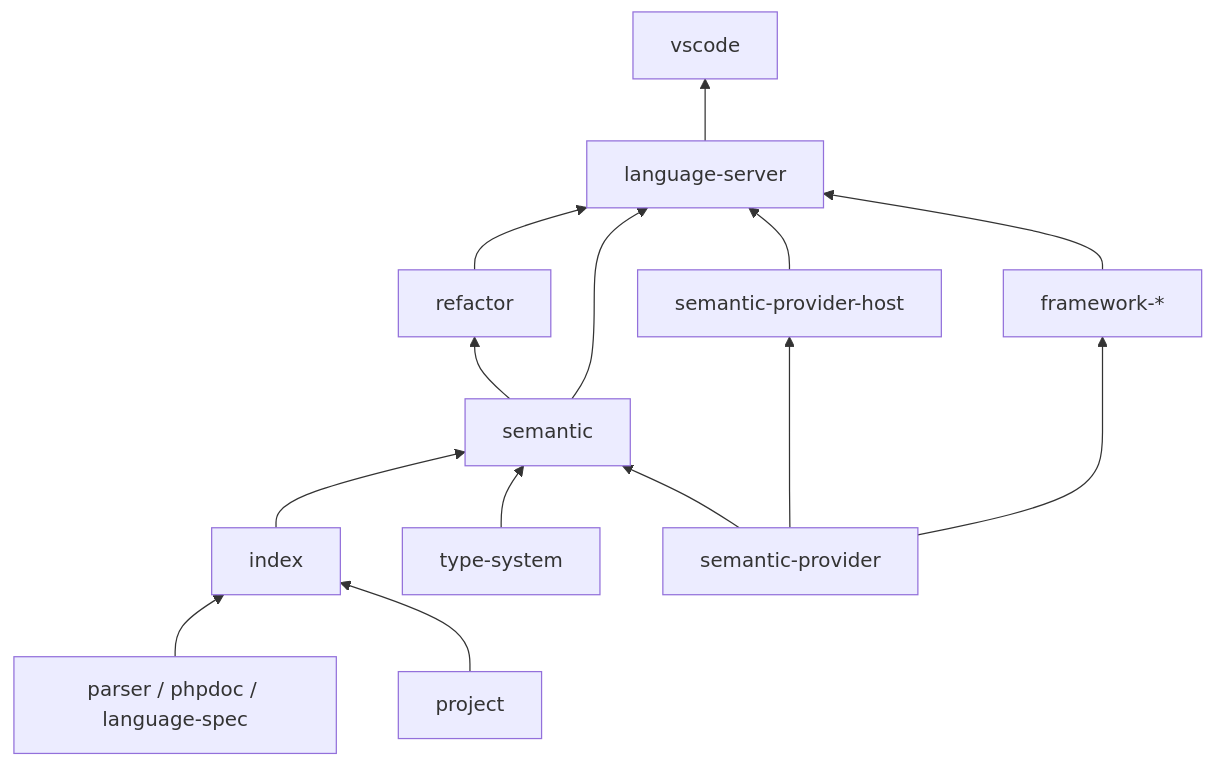
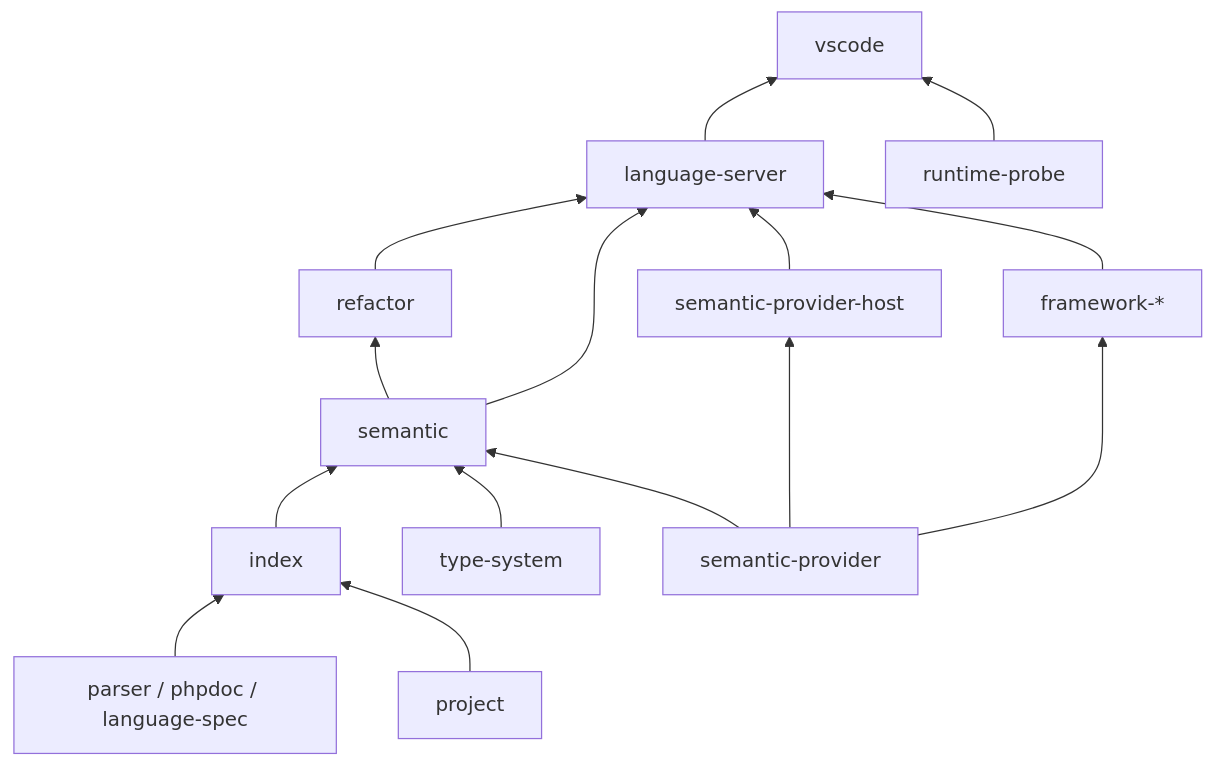
The diagram in docs/php-language-toolchain/architecture.md (sohophp/php-companion), drawn with Mermaid before and after one commit. The commit also changed other lines of this file and 26 other files, not shown here.

````diff
--- a/docs/php-language-toolchain/architecture.md
+++ b/docs/php-language-toolchain/architecture.md
@@ -40,16 +41,17 @@
 ```mermaid
 flowchart BT
   Parser[parser / phpdoc / language-spec] --> Index[index]
   Project[project] --> Index
   Index --> Semantic[semantic]
   Types[type-system] --> Semantic
   Provider[semantic-provider] --> Semantic
   Provider --> ProviderHost[semantic-provider-host]
   ProviderHost --> Server
   Provider --> Frameworks[framework-*]
   Frameworks --> Server
   Semantic --> Refactor[refactor]
   Semantic --> Server[language-server]
   Refactor --> Server
   Server --> Adapter[vscode]
+  Runtime[runtime-probe] --> Adapter
 ```
````
